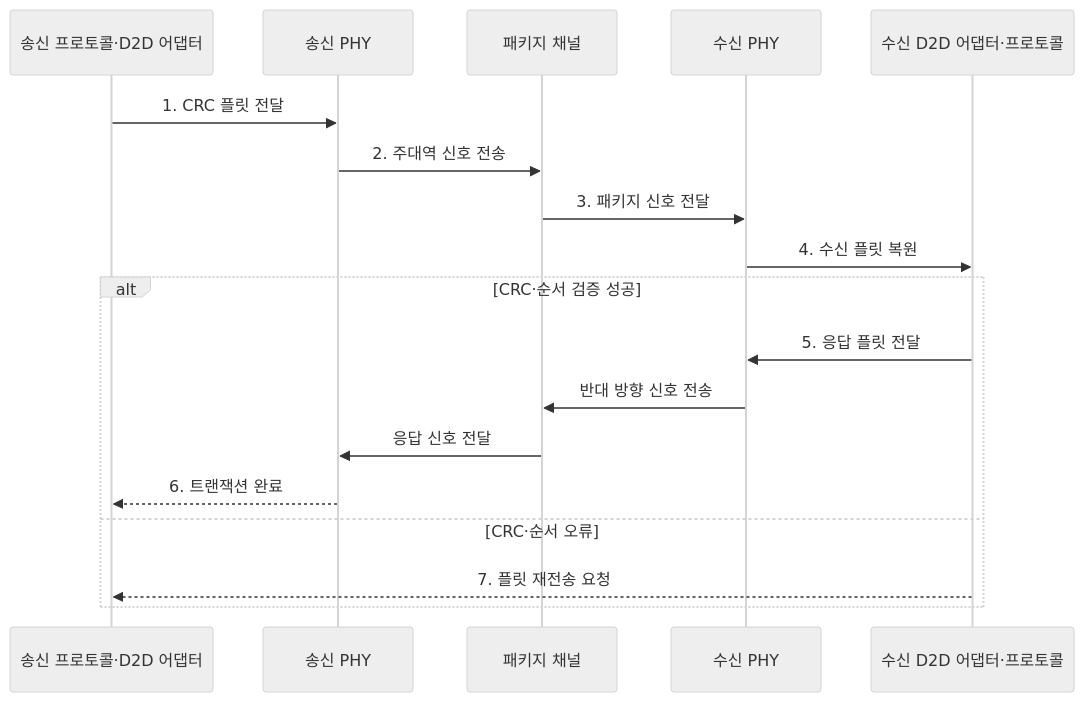
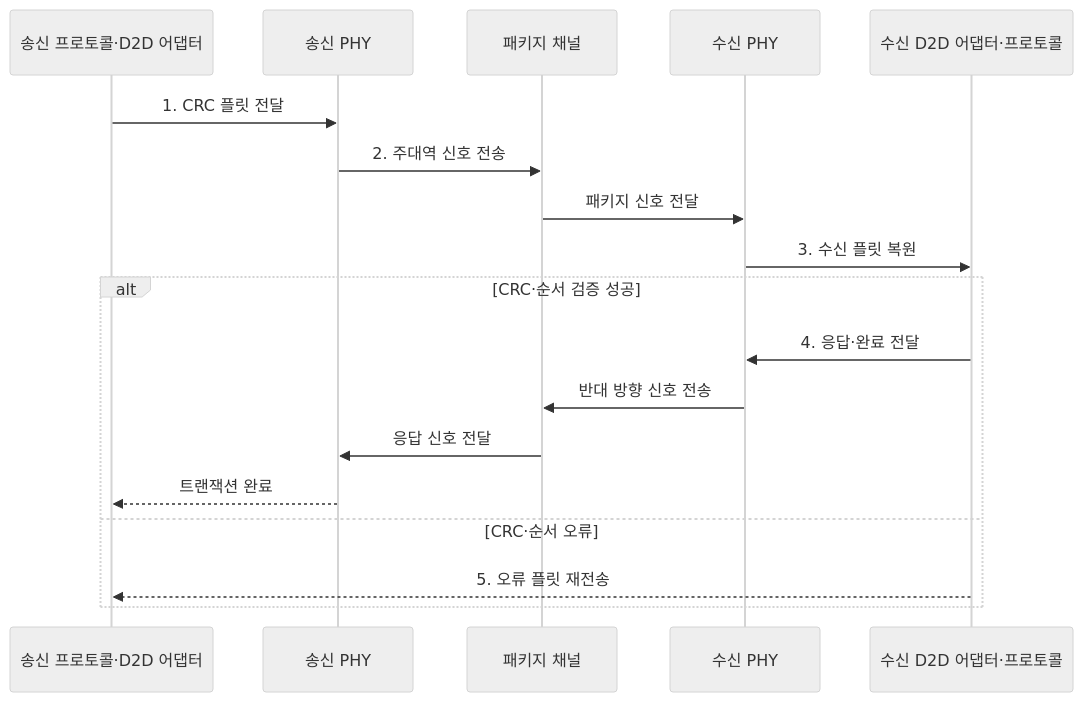
One commit to agnusdei1207/knowledge-base changed the second of 2 diagrams in src/content/docs/notes/02-hardware/050_ucie.md. Above: the diagram before and after it, drawn with Mermaid (neutral theme). The commit also changed other lines of this file and 86 other files, not shown here.

````diff
--- a/src/content/docs/notes/02-hardware/050_ucie.md
+++ b/src/content/docs/notes/02-hardware/050_ucie.md
@@ -90,21 +90,21 @@
 ```mermaid
 sequenceDiagram
     participant S as 송신 프로토콜·D2D 어댑터
     participant P as 송신 PHY
     participant C as 패키지 채널
     participant Q as 수신 PHY
     participant R as 수신 D2D 어댑터·프로토콜
 
     S->>P: 1. CRC 플릿 전달
     P->>C: 2. 주대역 신호 전송
-    C->>Q: 3. 패키지 신호 전달
-    Q->>R: 4. 수신 플릿 복원
+    C->>Q: 패키지 신호 전달
+    Q->>R: 3. 수신 플릿 복원
     alt CRC·순서 검증 성공
-        R->>Q: 5. 응답 플릿 전달
+        R->>Q: 4. 응답·완료 전달
         Q->>C: 반대 방향 신호 전송
         C->>P: 응답 신호 전달
-        P-->>S: 6. 트랜잭션 완료
+        P-->>S: 트랜잭션 완료
     else CRC·순서 오류
-        R-->>S: 7. 플릿 재전송 요청
+        R-->>S: 5. 오류 플릿 재전송
     end
 ```
````
